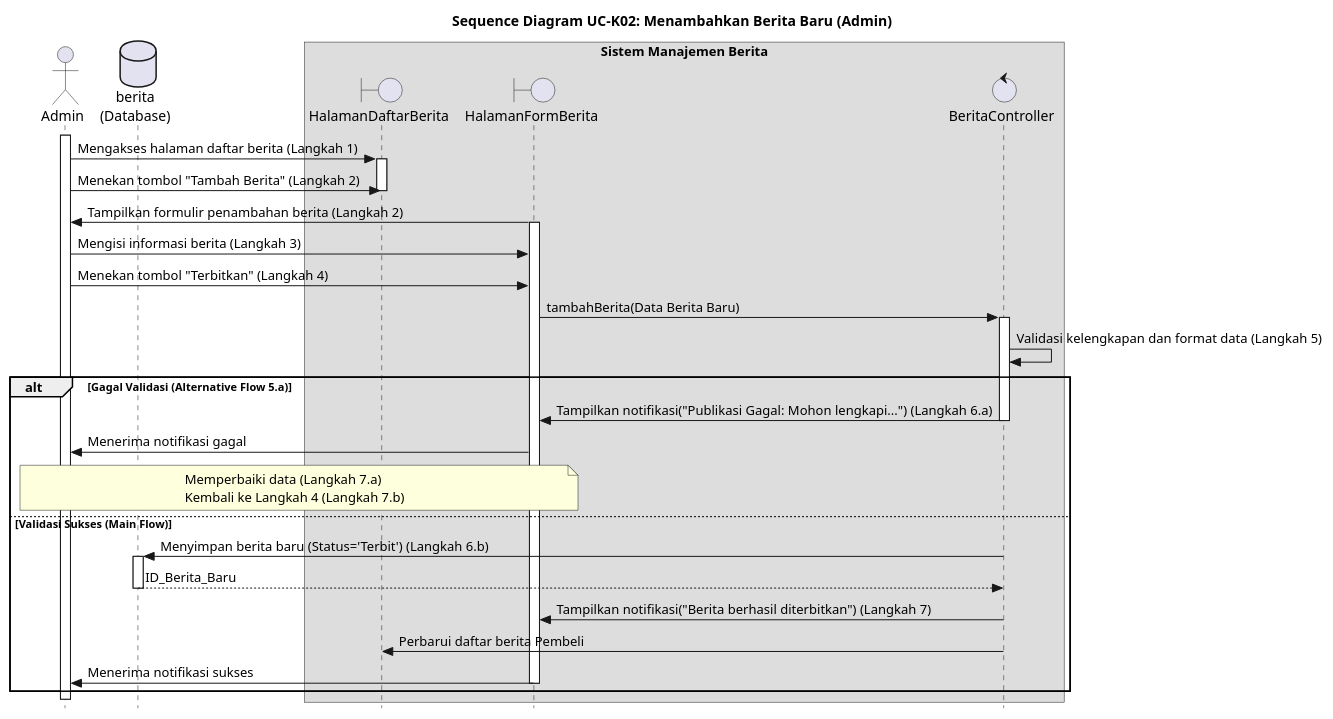
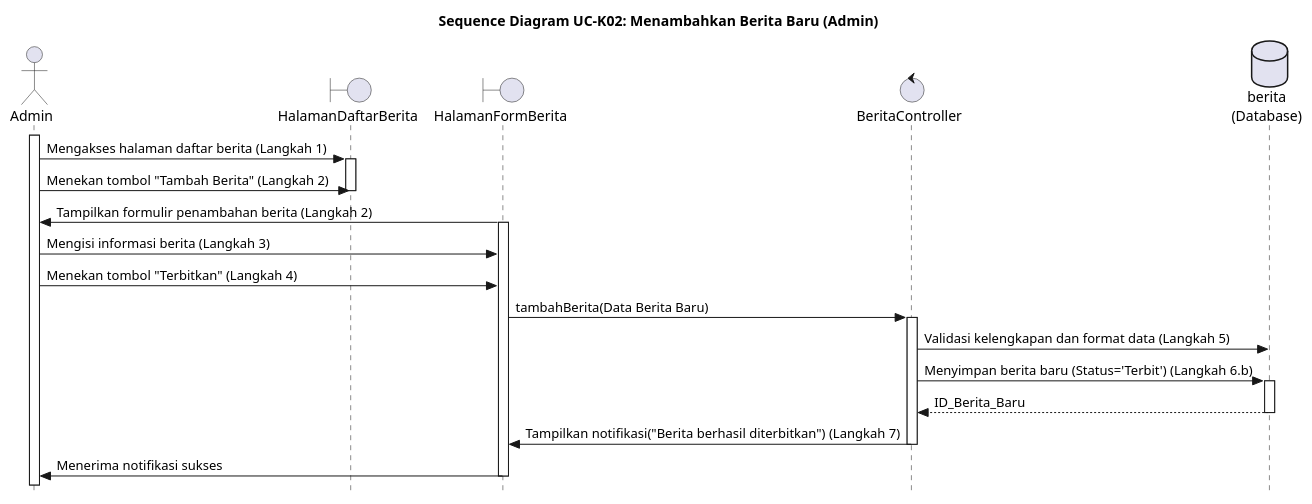
The diagram in UC-K02.PUML (alfiahnurfa/RSI-PROYEK-AKHIR-SEQUENCE), drawn with PlantUML before and after one commit. The commit also changed 57 other files, not shown here.

```diff
--- a/UC-K02.PUML
+++ b/UC-K02.PUML
@@ -1,61 +1,63 @@
 @startuml SD-UC-K02_TambahBerita
 title Sequence Diagram UC-K02: Menambahkan Berita Baru (Admin)
 skinparam style strictuml
 
 actor Admin
 boundary HalamanDaftarBerita
 boundary HalamanFormBerita
 control BeritaController
 database berita as "berita\n(Database)"
 
-box "Sistem Manajemen Berita"
-    participant HalamanDaftarBerita
-    participant HalamanFormBerita
-    participant BeritaController
-end box
+' box "Sistem Manajemen Berita"
+'     participant HalamanDaftarBerita
+'     participant HalamanFormBerita
+'     participant BeritaController
+' end box
 
 activate Admin
 Admin -> HalamanDaftarBerita : Mengakses halaman daftar berita (Langkah 1)
 activate HalamanDaftarBerita
 
 Admin -> HalamanDaftarBerita : Menekan tombol "Tambah Berita" (Langkah 2)
 deactivate HalamanDaftarBerita
 
 HalamanFormBerita -> Admin : Tampilkan formulir penambahan berita (Langkah 2)
 activate HalamanFormBerita
 
 Admin -> HalamanFormBerita : Mengisi informasi berita (Langkah 3)
 
 Admin -> HalamanFormBerita : Menekan tombol "Terbitkan" (Langkah 4)
 
 HalamanFormBerita -> BeritaController : tambahBerita(Data Berita Baru)
 activate BeritaController
 
-BeritaController -> BeritaController : Validasi kelengkapan dan format data (Langkah 5)
+BeritaController -> berita : Validasi kelengkapan dan format data (Langkah 5)
 
-alt Gagal Validasi (Alternative Flow 5.a)
-    BeritaController -> HalamanFormBerita : Tampilkan notifikasi("Publikasi Gagal: Mohon lengkapi...") (Langkah 6.a)
-    deactivate BeritaController
+BeritaController -> berita : Menyimpan berita baru (Status='Terbit') (Langkah 6.b)
+activate berita
+return ID_Berita_Baru
+deactivate berita
     
-    HalamanFormBerita -> Admin : Menerima notifikasi gagal
+BeritaController -> HalamanFormBerita : Tampilkan notifikasi("Berita berhasil diterbitkan") (Langkah 7)
+
+' BeritaController -> HalamanDaftarBerita : Perbarui daftar berita Pembeli
+deactivate BeritaController
     
-    note over Admin, HalamanFormBerita
-        Memperbaiki data (Langkah 7.a)
-        Kembali ke Langkah 4 (Langkah 7.b)
-    end note
-else Validasi Sukses (Main Flow)
-    BeritaController -> berita : Menyimpan berita baru (Status='Terbit') (Langkah 6.b)
-    activate berita
-    return ID_Berita_Baru
-    deactivate berita
+HalamanFormBerita -> Admin : Menerima notifikasi sukses
+deactivate HalamanFormBerita
+
+' alt Gagal Validasi (Alternative Flow 5.a)
+'     BeritaController -> HalamanFormBerita : Tampilkan notifikasi("Publikasi Gagal: Mohon lengkapi...") (Langkah 6.a)
+'     deactivate BeritaController
     
-    BeritaController -> HalamanFormBerita : Tampilkan notifikasi("Berita berhasil diterbitkan") (Langkah 7)
+'     HalamanFormBerita -> Admin : Menerima notifikasi gagal
+    
+'     note over Admin, HalamanFormBerita
+'         Memperbaiki data (Langkah 7.a)
+'         Kembali ke Langkah 4 (Langkah 7.b)
+'     end note
+' else Validasi Sukses (Main Flow)
 
-    BeritaController -> HalamanDaftarBerita : Perbarui daftar berita Pembeli
-    deactivate BeritaController
-    
-    HalamanFormBerita -> Admin : Menerima notifikasi sukses
-    deactivate HalamanFormBerita
-end alt
+' end alt
 
 @enduml
```
